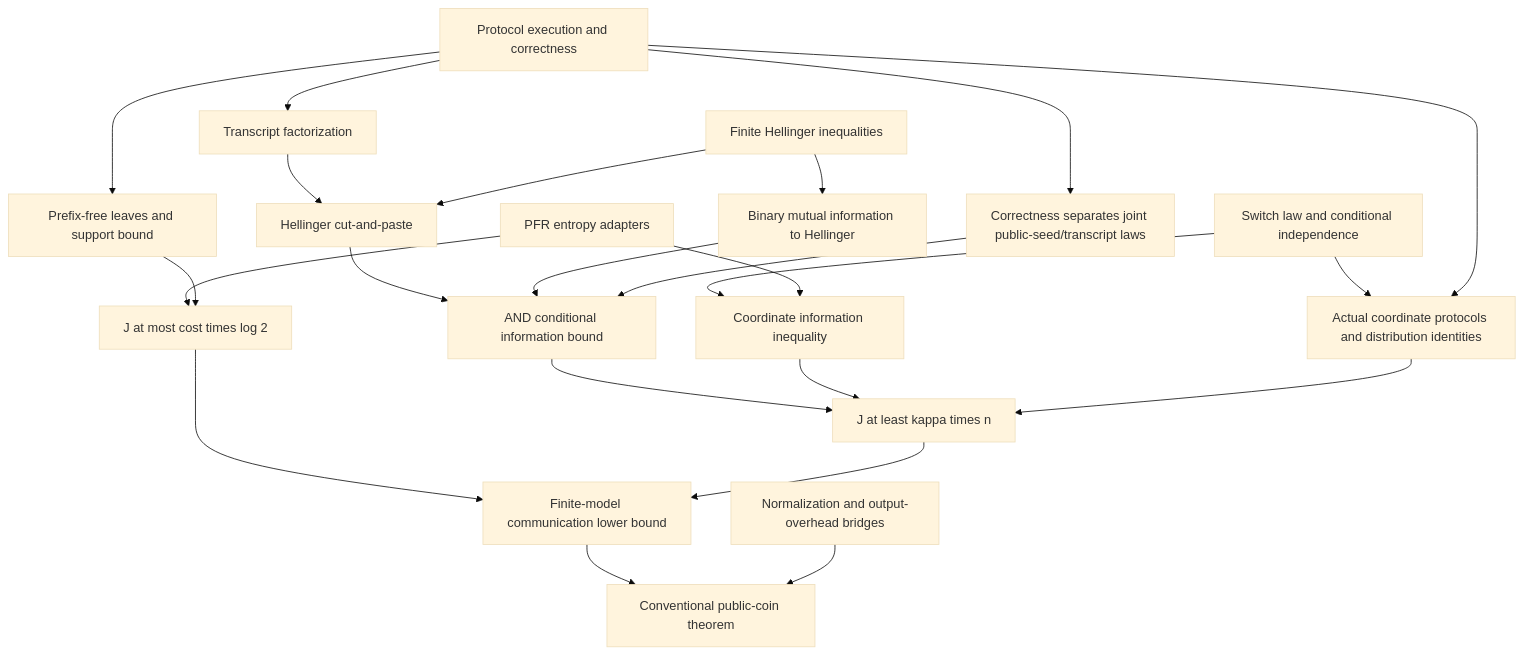
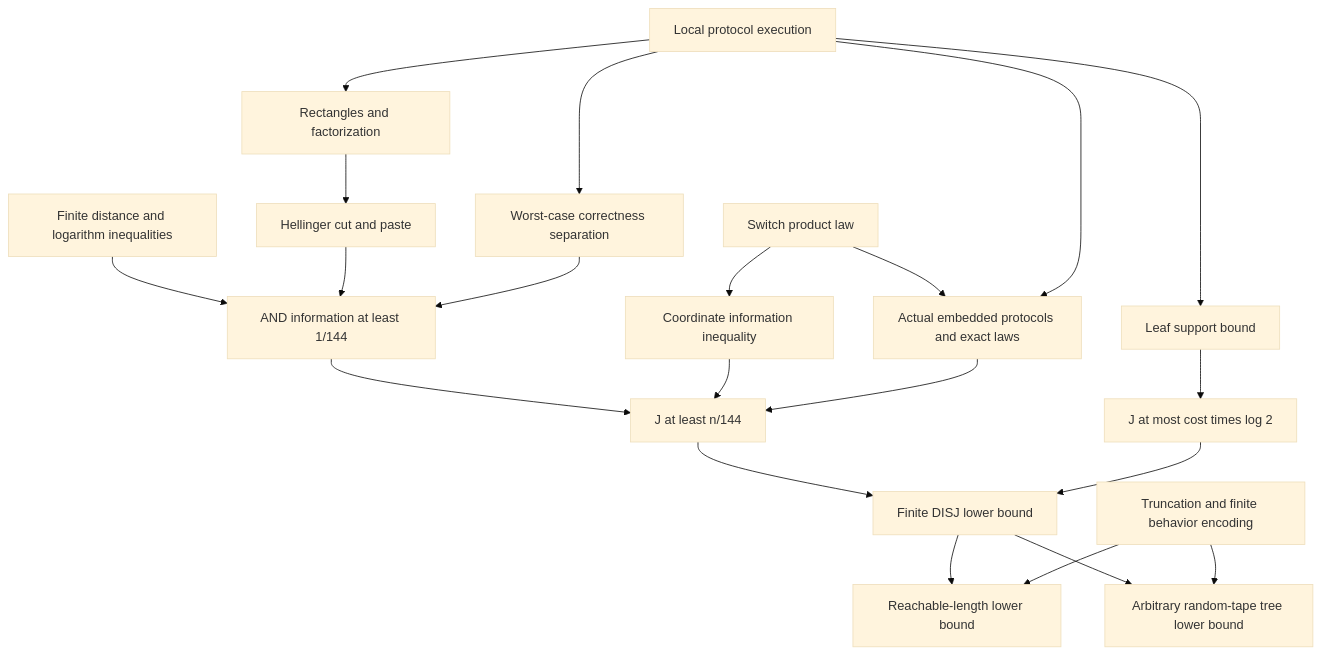
Before and after one commit to archeart/lean: the diagram in Disjointness/docs/blueprint.md, drawn with Mermaid (base theme). The commit also changed other lines of this file and 43 other files, not shown here.

````diff
--- a/Disjointness/docs/blueprint.md
+++ b/Disjointness/docs/blueprint.md
@@ -89,25 +95,23 @@
 ```mermaid
 graph TD
-  P[Protocol execution and correctness] --> F[Transcript factorization]
-  P --> L[Prefix-free leaves and support bound]
-  E[PFR entropy adapters] --> U[J at most cost times log 2]
-  L --> U
-  F --> C[Hellinger cut-and-paste]
-  H[Finite Hellinger inequalities] --> C
-  H --> M[Binary mutual information to Hellinger]
-  P --> S[Correctness separates joint public-seed/transcript laws]
-  C --> A[AND conditional information bound]
-  M --> A
+  P[Local protocol execution] --> F[Rectangles and factorization]
+  P --> L[Leaf support bound]
+  L --> U[J at most cost times log 2]
+  F --> C[Hellinger cut and paste]
+  H[Finite distance and logarithm inequalities] --> A[AND information at least 1/144]
+  C --> A
+  P --> S[Worst-case correctness separation]
   S --> A
-  D[Switch law and conditional independence] --> Q[Coordinate information inequality]
-  E --> Q
-  D --> B[Actual coordinate protocols and distribution identities]
+  D[Switch product law] --> Q[Coordinate information inequality]
+  D --> B[Actual embedded protocols and exact laws]
   P --> B
-  A --> N[J at least kappa times n]
+  A --> N[J at least n/144]
   Q --> N
   B --> N
-  U --> T[Finite-model communication lower bound]
-  N --> T
-  T --> V[Conventional public-coin theorem]
-  W[Normalization and output-overhead bridges] --> V
+  N --> T[Finite DISJ lower bound]
+  U --> T
+  T --> R[Reachable-length lower bound]
+  T --> V[Arbitrary random-tape tree lower bound]
+  W[Truncation and finite behavior encoding] --> R
+  W --> V
 ```
````
